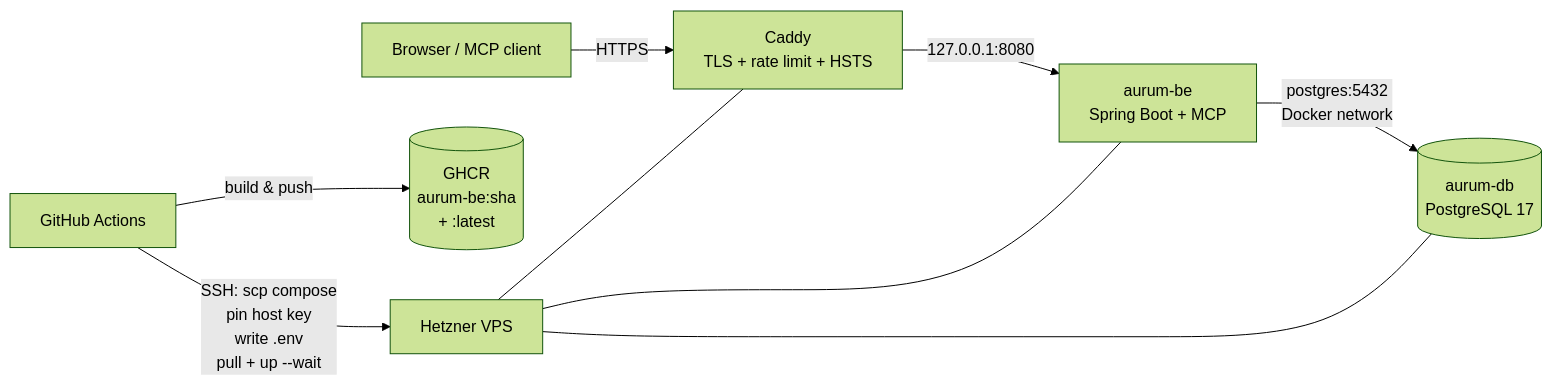
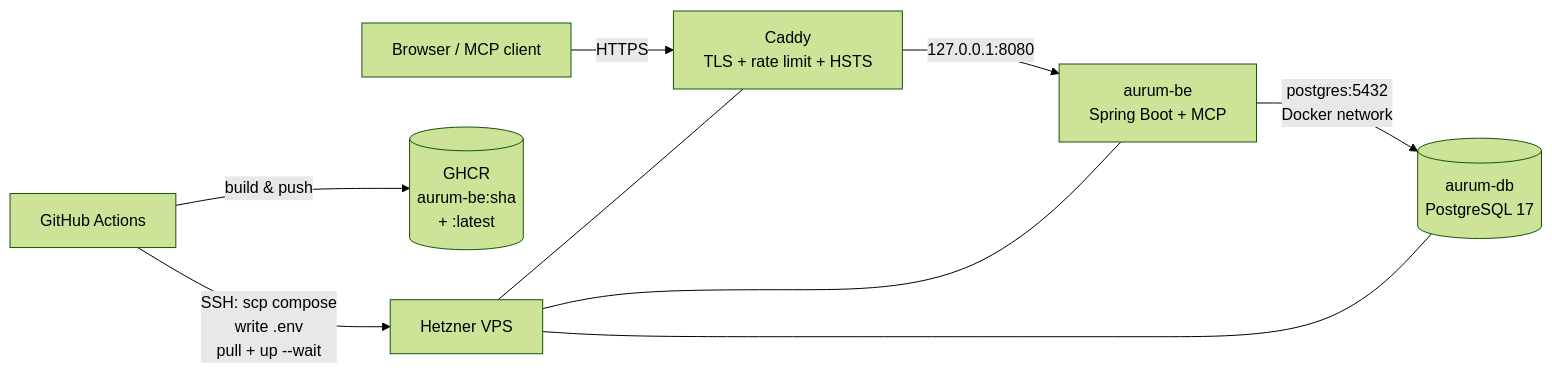
The diagram in docs/operations.md (Mxo01/Aurum), drawn with Mermaid (forest theme) before and after one commit. The commit also changed other lines of this file and 2 other files, not shown here.

Commit message:
fix(deploy): restore the working ssh deploy without the fingerprint pin

````diff
--- a/docs/operations.md
+++ b/docs/operations.md
@@ -9,11 +9,11 @@
 ```mermaid
 flowchart LR
     U[Browser / MCP client] -->|HTTPS| C[Caddy<br/>TLS + rate limit + HSTS]
     C -->|127.0.0.1:8080| B[aurum-be<br/>Spring Boot + MCP]
     B -->|postgres:5432<br/>Docker network| D[(aurum-db<br/>PostgreSQL 17)]
     G[GitHub Actions] -->|build & push| R[(GHCR<br/>aurum-be:sha<br/>+ :latest)]
-    G -->|SSH: scp compose<br/>pin host key<br/>write .env<br/>pull + up --wait| V[Hetzner VPS]
+    G -->|SSH: scp compose<br/>write .env<br/>pull + up --wait| V[Hetzner VPS]
     V --- C
     V --- B
     V --- D
 ```
````
